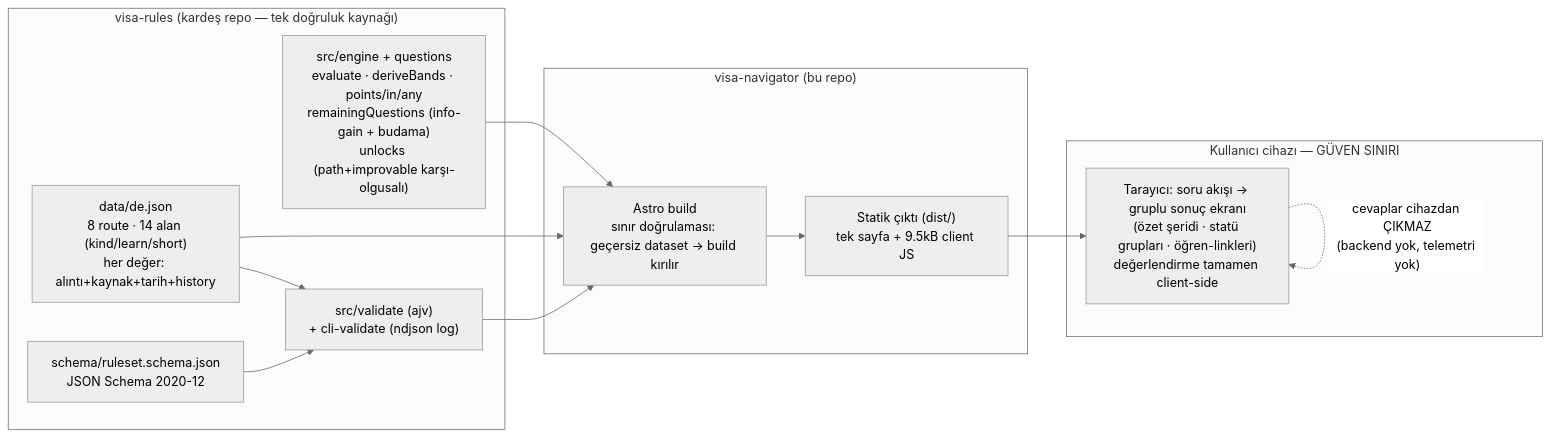
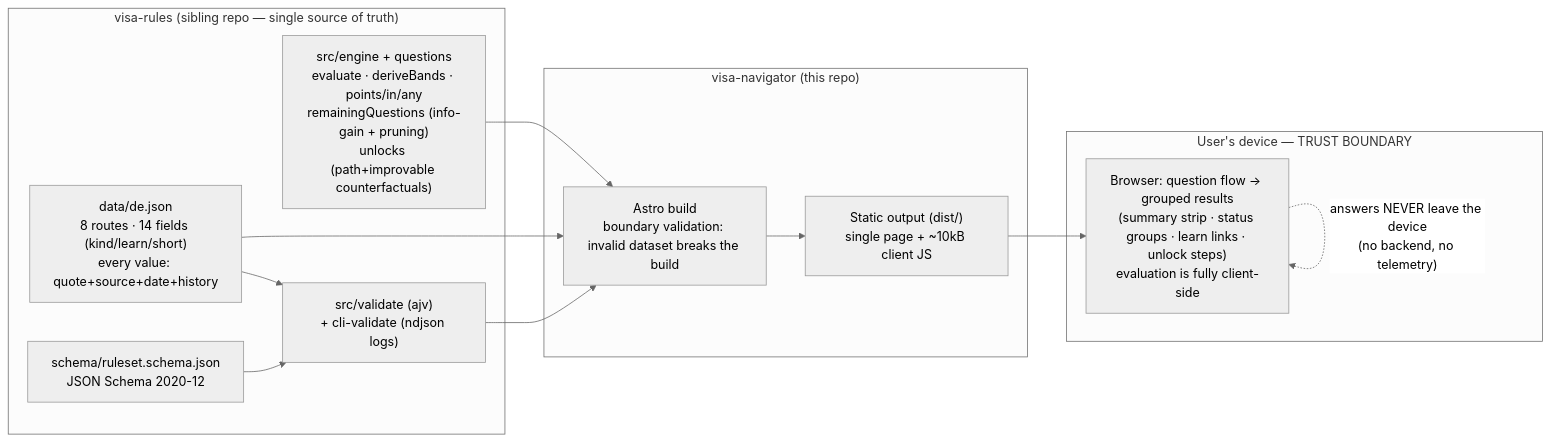
One commit to OytunOnal/permit-rulebook changed the diagram in docs/spine/ARCHITECTURE.md. Above: the diagram before and after it, drawn with Mermaid (neutral theme). The commit also changed other lines of this file and 4 other files, not shown here.

Commit message:
steward-3 adoption: English ledgers (STATUS/KANBAN/ARCHITECTURE translated), s4 scenario drafted under new rules

````diff
--- a/docs/spine/ARCHITECTURE.md
+++ b/docs/spine/ARCHITECTURE.md
@@ -5,24 +5,24 @@
 ```mermaid
 flowchart LR
-    subgraph rules["visa-rules (kardeş repo — tek doğruluk kaynağı)"]
-        DATA["data/de.json<br/>8 route · 14 alan (kind/learn/short)<br/>her değer: alıntı+kaynak+tarih+history"]
+    subgraph rules["visa-rules (sibling repo — single source of truth)"]
+        DATA["data/de.json<br/>8 routes · 14 fields (kind/learn/short)<br/>every value: quote+source+date+history"]
         SCHEMA["schema/ruleset.schema.json<br/>JSON Schema 2020-12"]
-        ENGINE["src/engine + questions<br/>evaluate · deriveBands · points/in/any<br/>remainingQuestions (info-gain + budama)<br/>unlocks (path+improvable karşı-olgusalı)"]
-        VALIDATE["src/validate (ajv)<br/>+ cli-validate (ndjson log)"]
+        ENGINE["src/engine + questions<br/>evaluate · deriveBands · points/in/any<br/>remainingQuestions (info-gain + pruning)<br/>unlocks (path+improvable counterfactuals)"]
+        VALIDATE["src/validate (ajv)<br/>+ cli-validate (ndjson logs)"]
     end
 
-    subgraph nav["visa-navigator (bu repo)"]
-        BUILD["Astro build<br/>sınır doğrulaması: geçersiz dataset → build kırılır"]
-        SITE["Statik çıktı (dist/)<br/>tek sayfa + 9.5kB client JS"]
+    subgraph nav["visa-navigator (this repo)"]
+        BUILD["Astro build<br/>boundary validation: invalid dataset breaks the build"]
+        SITE["Static output (dist/)<br/>single page + ~10kB client JS"]
     end
 
-    subgraph device["Kullanıcı cihazı — GÜVEN SINIRI"]
-        UI["Tarayıcı: soru akışı → gruplu sonuç ekranı<br/>(özet şeridi · statü grupları · öğren-linkleri)<br/>değerlendirme tamamen client-side"]
+    subgraph device["User's device — TRUST BOUNDARY"]
+        UI["Browser: question flow → grouped results<br/>(summary strip · status groups · learn links · unlock steps)<br/>evaluation is fully client-side"]
     end
 
     DATA --> VALIDATE --> BUILD
     SCHEMA --> VALIDATE
     DATA --> BUILD
     ENGINE --> BUILD --> SITE --> UI
-    UI -. "cevaplar cihazdan ÇIKMAZ<br/>(backend yok, telemetri yok)" .-> UI
+    UI -. "answers NEVER leave the device<br/>(no backend, no telemetry)" .-> UI
 ```
````
